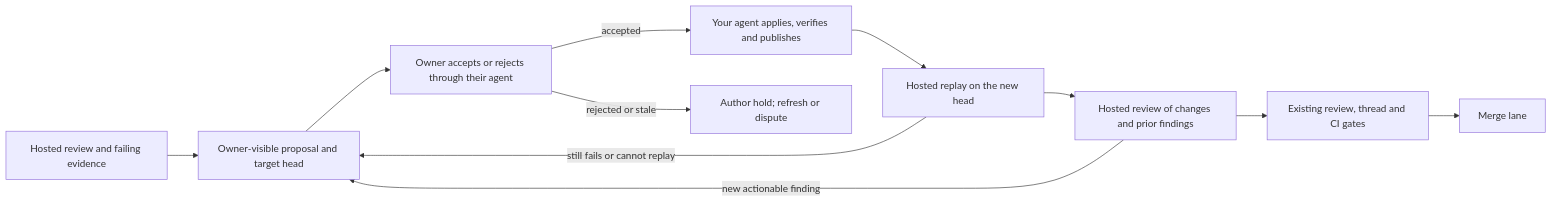
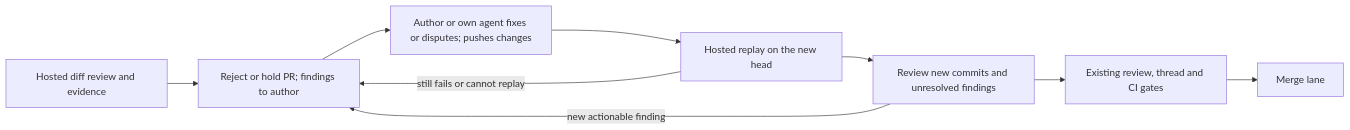
One commit to agent-labs-dev/mergepatrol changed the diagram in docs/hosted-analysis-agent-fix.md. Above: the diagram before and after it, drawn with Mermaid. The commit also changed other lines of this file and 2 other files, not shown here.

First line of the commit message:
docs: align hosted review proposal with author handoff

````diff
--- a/docs/hosted-analysis-agent-fix.md
+++ b/docs/hosted-analysis-agent-fix.md
@@ -148,13 +167,11 @@
 ```mermaid
 flowchart LR
-    R[Hosted review and failing evidence] --> H[Owner-visible proposal and target head]
-    H --> D[Owner accepts or rejects through their agent]
-    D -->|accepted| A[Your agent applies, verifies and publishes]
-    D -->|rejected or stale| H2[Author hold; refresh or dispute]
+    R[Hosted diff review and evidence] --> H[Reject or hold PR; findings to author]
+    H --> A[Author or own agent fixes or disputes; pushes changes]
     A --> V[Hosted replay on the new head]
-    V --> R2[Hosted review of changes and prior findings]
+    V --> R2[Review new commits and unresolved findings]
     R2 --> G[Existing review, thread and CI gates]
     G --> M[Merge lane]
     V -->|still fails or cannot replay| H
     R2 -->|new actionable finding| H
 ```
````
